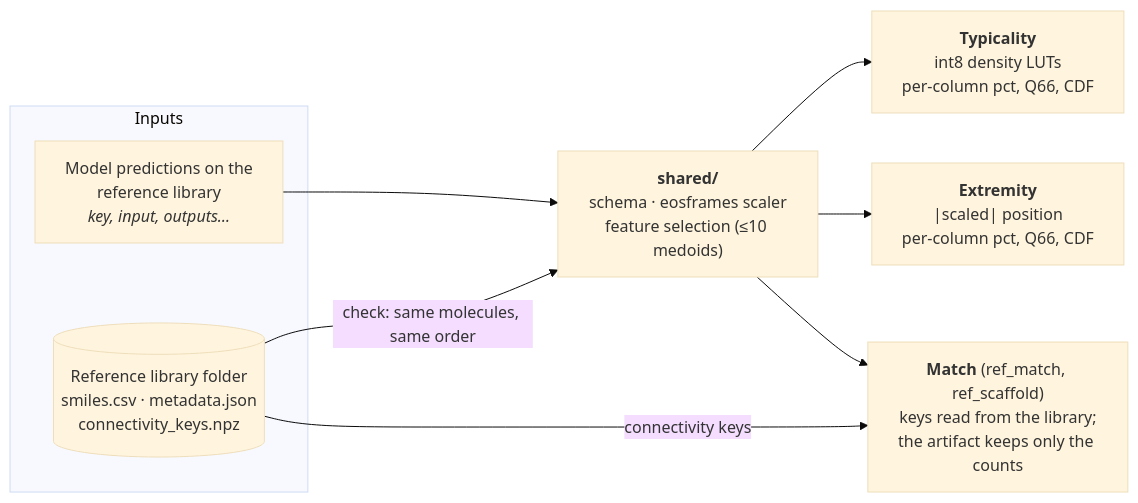
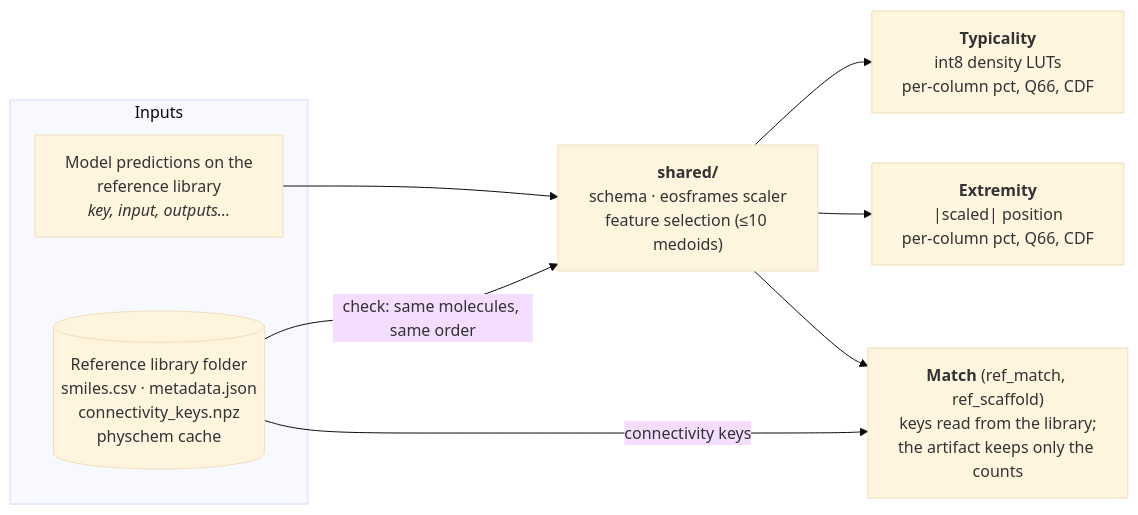
Before and after one commit to ersilia-os/eosquality: the first of 3 diagrams in docs/diagram.md, drawn with Mermaid (base theme). The commit also changed 11 other files, not shown here.

First line of the commit message:
library: physchem descriptors cached in the library folder (#21)

````diff
--- a/docs/diagram.md
+++ b/docs/diagram.md
@@ -5,15 +5,15 @@
 ```mermaid
 flowchart LR
     subgraph inputs[Inputs]
         REF["Model predictions on the<br/>reference library<br/><i>key, input, outputs…</i>"]
-        LIB[("Reference library folder<br/>smiles.csv · metadata.json<br/>connectivity_keys.npz")]
+        LIB[("Reference library folder<br/>smiles.csv · metadata.json<br/>connectivity_keys.npz<br/>physchem cache")]
     end
 
     REF --> SH["<b>shared/</b><br/>schema · eosframes scaler<br/>feature selection (≤10 medoids)"]
     LIB -- "check: same molecules, same order" --> SH
 
     SH --> TYP["<b>Typicality</b><br/>int8 density LUTs<br/>per-column pct, Q66, CDF"]
     SH --> EXT["<b>Extremity</b><br/>|scaled| position<br/>per-column pct, Q66, CDF"]
     LIB -- "connectivity keys" --> MAT["<b>Match</b> (ref_match, ref_scaffold)<br/>keys read from the library;<br/>the artifact keeps only the counts"]
     SH --> MAT
 ```
````
